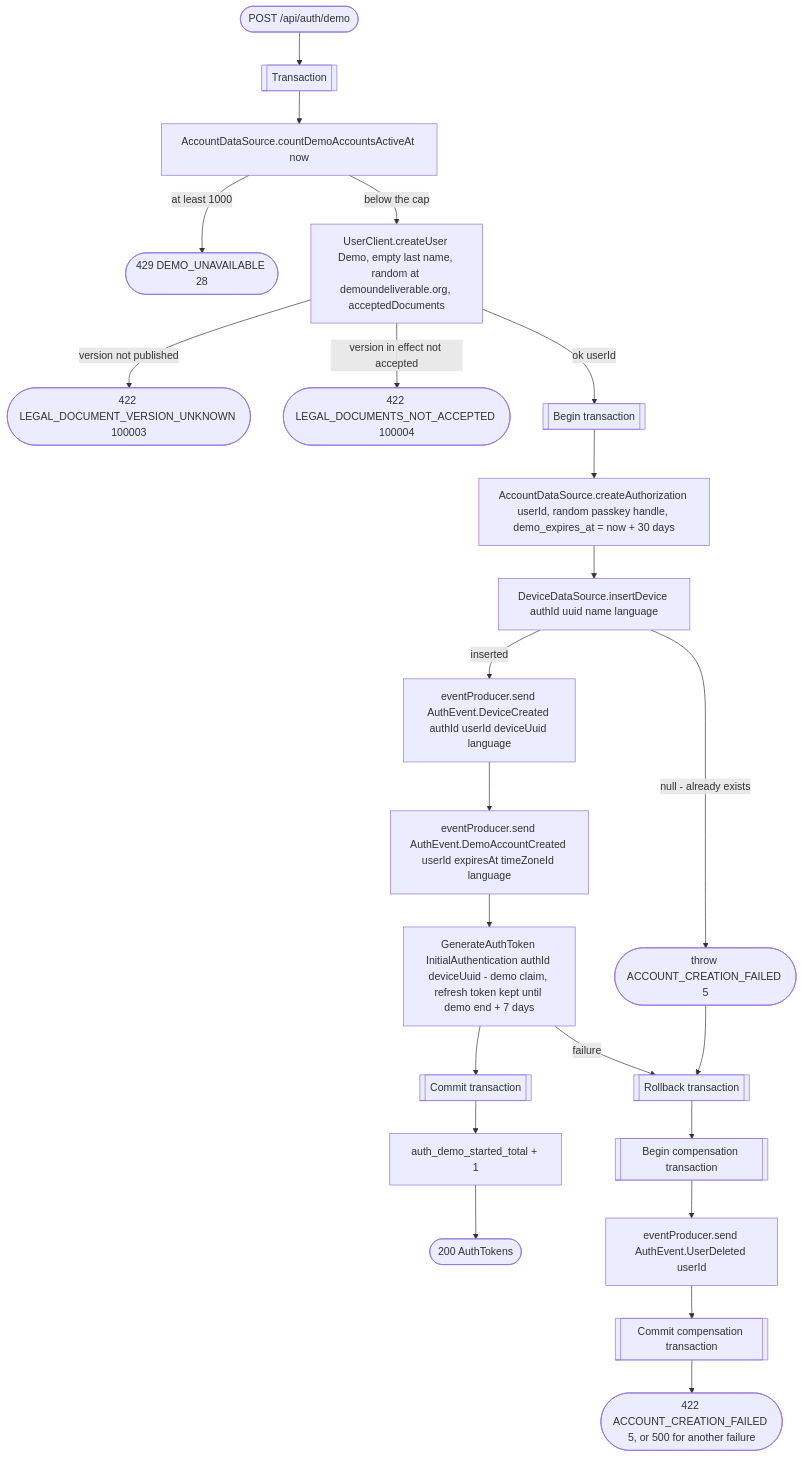
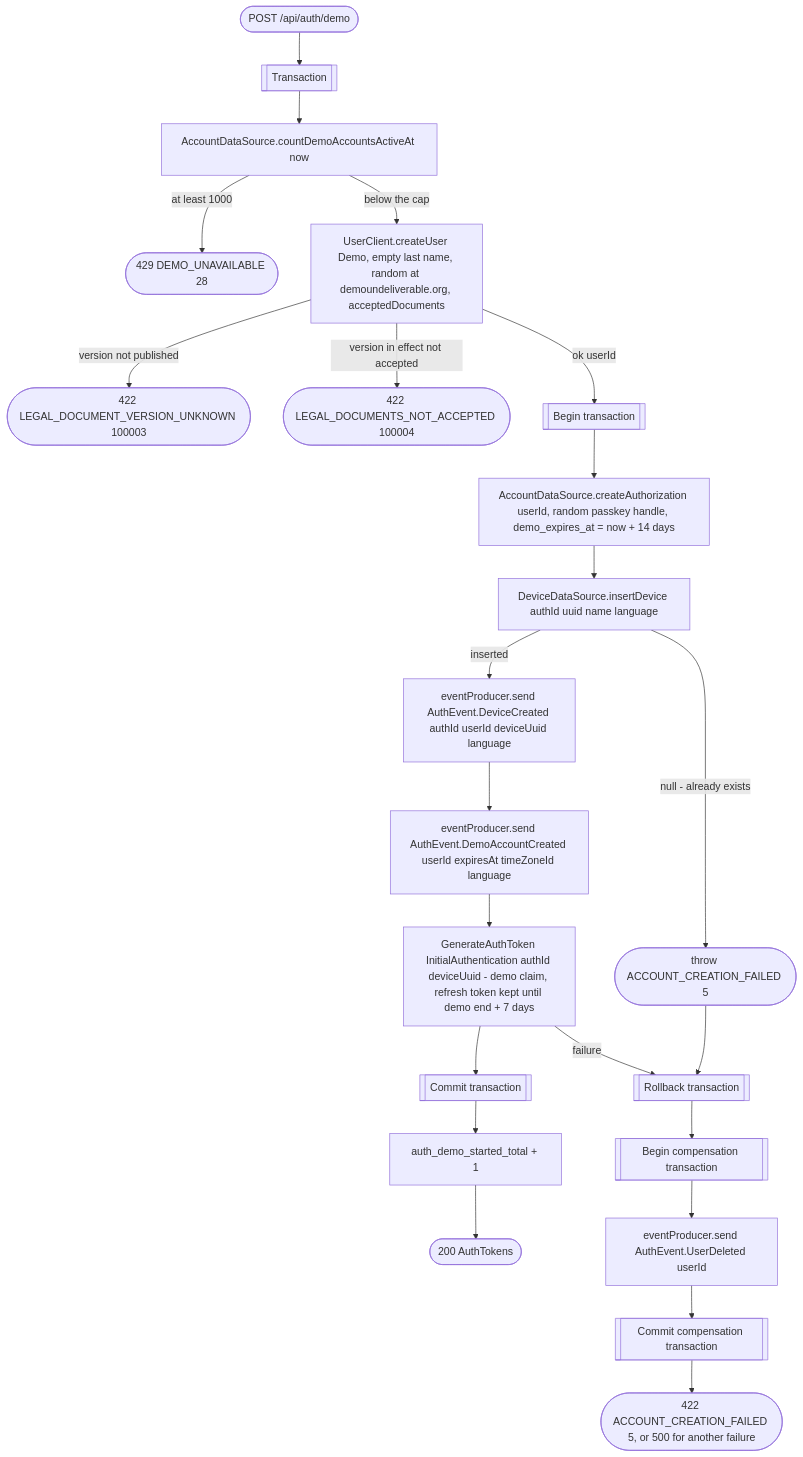
One commit to nocturneproperties/bookkme changed the diagram in docs/operations/authorization/demo-start.md. Above: the diagram before and after it, drawn with Mermaid. The commit also changed other lines of this file and 7 other files, not shown here.

Commit message:
[ISSUE-205] change demo length to 14 days

````diff
--- a/docs/operations/authorization/demo-start.md
+++ b/docs/operations/authorization/demo-start.md
@@ -20,22 +20,22 @@
 ```mermaid
 flowchart TD
     Start([POST /api/auth/demo]) --> CountTx[[Transaction]] --> Count[AccountDataSource.countDemoAccountsActiveAt now]
     Count -- at least 1000 --> R429([429 DEMO_UNAVAILABLE 28])
     Count -- below the cap --> CreateUser[UserClient.createUser Demo, empty last name, random at demoundeliverable.org, acceptedDocuments]
     CreateUser -- version not published --> R422c([422 LEGAL_DOCUMENT_VERSION_UNKNOWN 100003])
     CreateUser -- version in effect not accepted --> R422d([422 LEGAL_DOCUMENTS_NOT_ACCEPTED 100004])
     CreateUser -- ok userId --> Tx[[Begin transaction]]
-    Tx --> CreateAuth[AccountDataSource.createAuthorization userId, random passkey handle, demo_expires_at = now + 30 days]
+    Tx --> CreateAuth[AccountDataSource.createAuthorization userId, random passkey handle, demo_expires_at = now + 14 days]
     CreateAuth --> NewDevice[DeviceDataSource.insertDevice authId uuid name language]
     NewDevice -- null - already exists --> Fail([throw ACCOUNT_CREATION_FAILED 5])
     NewDevice -- inserted --> DeviceEvt[eventProducer.send AuthEvent.DeviceCreated authId userId deviceUuid language]
     DeviceEvt --> DemoEvt[eventProducer.send AuthEvent.DemoAccountCreated userId expiresAt timeZoneId language]
     DemoEvt --> Token[GenerateAuthToken InitialAuthentication authId deviceUuid - demo claim, refresh token kept until demo end + 7 days]
     Token --> TxEnd[[Commit transaction]] --> Count2[auth_demo_started_total + 1] --> R200([200 AuthTokens])
     Token -- failure --> Rollback
     Fail --> Rollback[[Rollback transaction]]
     Rollback --> CompTx[[Begin compensation transaction]]
     CompTx --> Compensate[eventProducer.send AuthEvent.UserDeleted userId]
     Compensate --> CompEnd[[Commit compensation transaction]]
     CompEnd --> R422e([422 ACCOUNT_CREATION_FAILED 5, or 500 for another failure])
 ```
````
